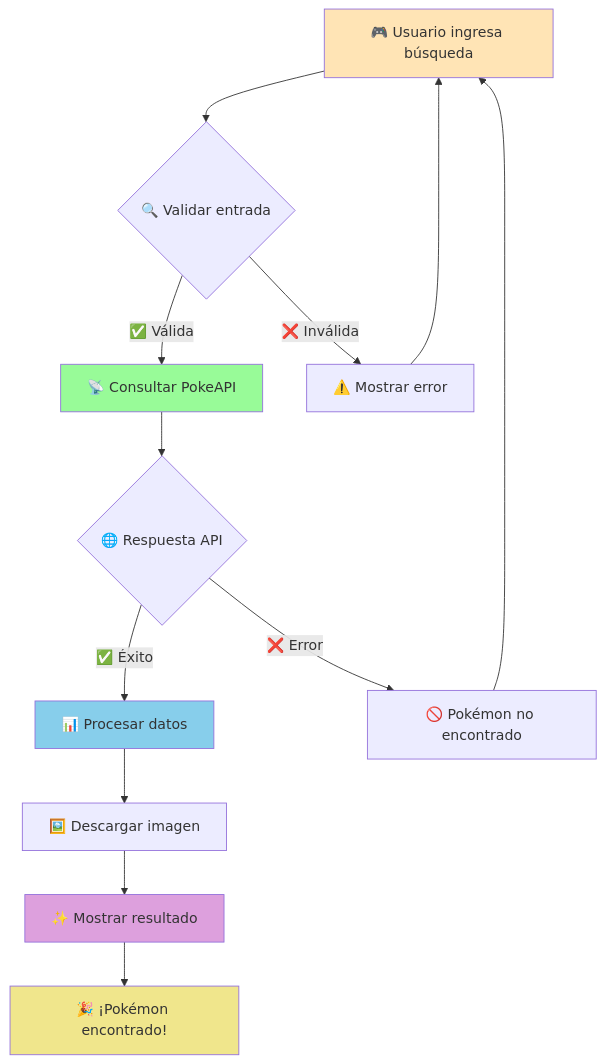
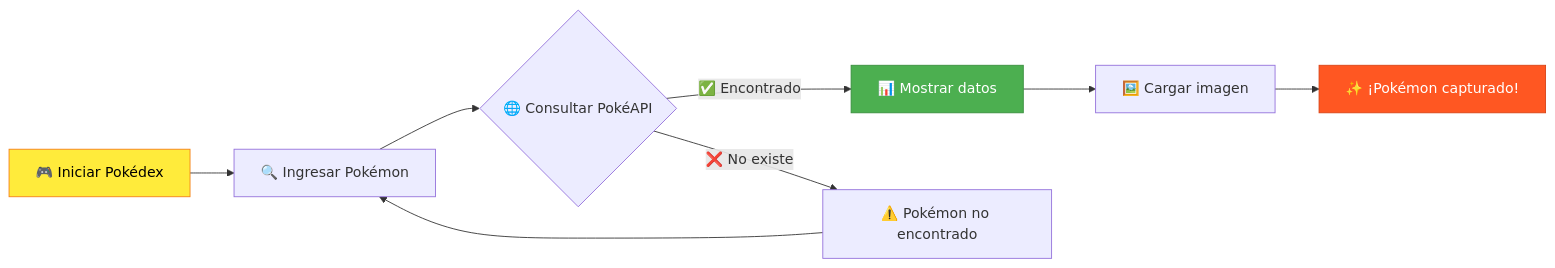
One commit to N1coTom55/pokedex-tkinter changed the diagram in README.md. Above: the diagram before and after it, drawn with Mermaid. The commit also changed other lines of this file, not shown here.

````diff
--- a/README.md
+++ b/README.md
@@ -159,20 +216,14 @@
 ```mermaid
-graph TD
-    A[🎮 Usuario ingresa búsqueda] --> B{🔍 Validar entrada}
-    B -->|✅ Válida| C[📡 Consultar PokeAPI]
-    B -->|❌ Inválida| D[⚠️ Mostrar error]
-    C --> E{🌐 Respuesta API}
-    E -->|✅ Éxito| F[📊 Procesar datos]
-    E -->|❌ Error| G[🚫 Pokémon no encontrado]
-    F --> H[🖼️ Descargar imagen]
-    H --> I[✨ Mostrar resultado]
-    D --> A
-    G --> A
-    I --> J[🎉 ¡Pokémon encontrado!]
+graph LR
+    A[🎮 Iniciar Pokédex] --> B[🔍 Ingresar Pokémon]
+    B --> C{🌐 Consultar PokéAPI}
+    C -->|✅ Encontrado| D[📊 Mostrar datos]
+    C -->|❌ No existe| E[⚠️ Pokémon no encontrado]
+    D --> F[🖼️ Cargar imagen]
+    E --> B
+    F --> G[✨ ¡Pokémon capturado!]
     
-    style A fill:#FFE4B5
-    style C fill:#98FB98
-    style F fill:#87CEEB
-    style I fill:#DDA0DD
-    style J fill:#F0E68C
+    style A fill:#ffeb3b,stroke:#f57f17,color:#000
+    style D fill:#4caf50,stroke:#388e3c,color:#fff
+    style G fill:#ff5722,stroke:#d84315,color:#fff
 ```
````
